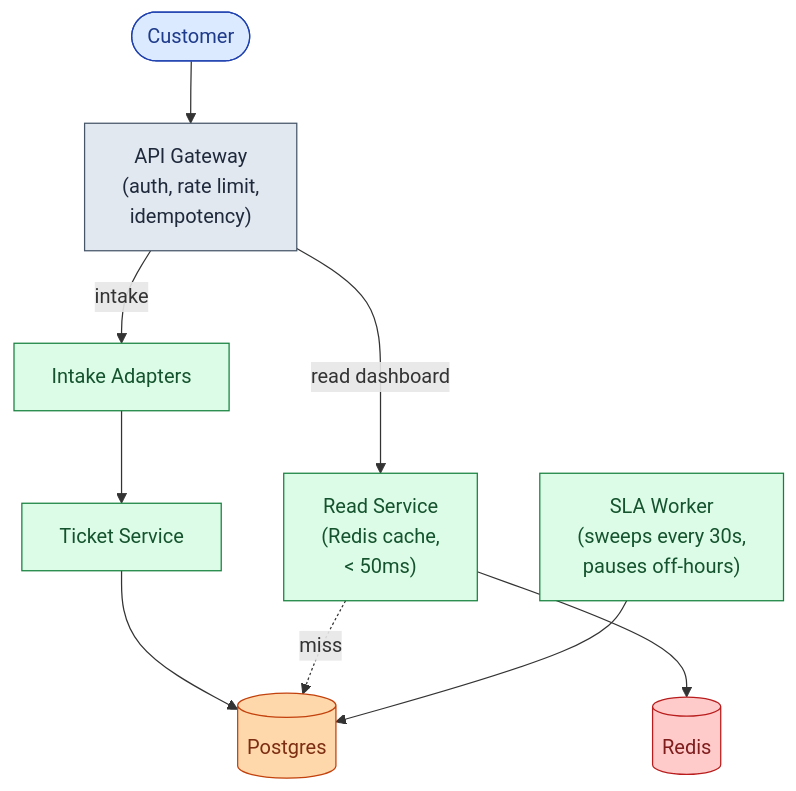
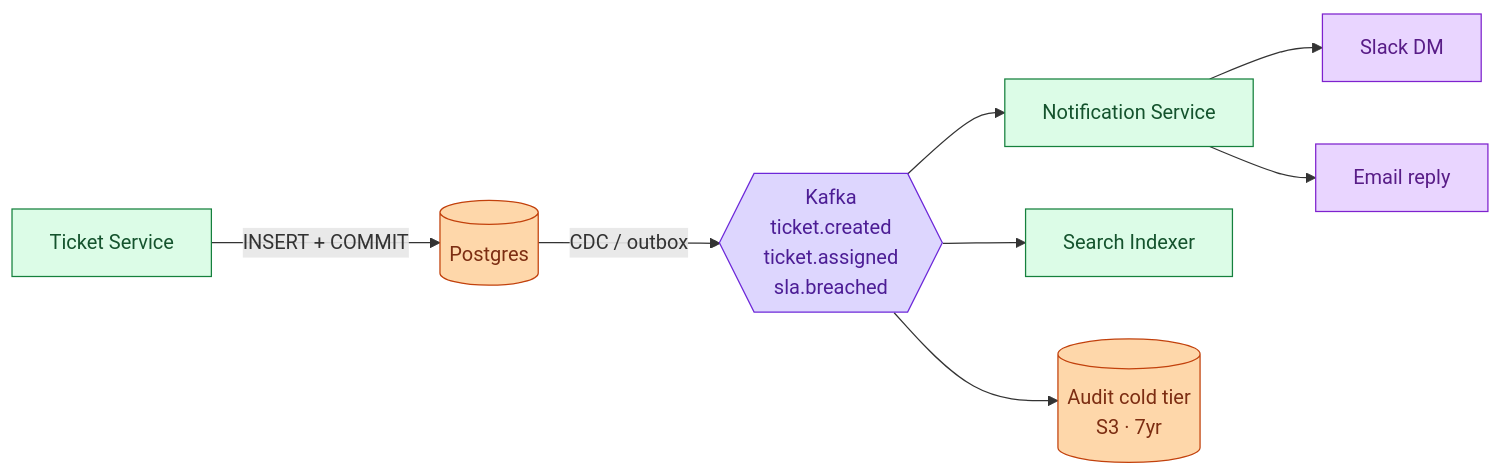
One commit to shiningflash/system-design changed the sixth of 10 diagrams in problems/019-helpdesk-ticketing/question.md. Above: the diagram before and after it, drawn with Mermaid. The commit also changed other lines of this file and 37 other files, not shown here.

````diff
--- a/problems/019-helpdesk-ticketing/question.md
+++ b/problems/019-helpdesk-ticketing/question.md
@@ -285,17 +361,15 @@
 ```mermaid
-flowchart TB
-    C([Customer]):::user --> GW["API Gateway<br/>(auth, rate limit,<br/>idempotency)"]:::edge
-    GW -->|intake| IA["Intake Adapters"]:::app
-    GW -->|read dashboard| R["Read Service<br/>(Redis cache,<br/>< 50ms)"]:::app
-    IA --> E["Ticket Service"]:::app
-    E --> DB[("Postgres")]:::db
-    R --> Cache[("Redis")]:::cache
-    R -.miss.-> DB
-    SW["SLA Worker<br/>(sweeps every 30s,<br/>pauses off-hours)"]:::app --> DB
+flowchart LR
+    E["Ticket Service"]:::app -->|INSERT + COMMIT| DB[("Postgres")]:::db
+    DB -->|CDC / outbox| K{{"Kafka<br/>ticket.created<br/>ticket.assigned<br/>sla.breached"}}:::queue
+    K --> N["Notification Service"]:::app
+    K --> IX["Search Indexer"]:::app
+    K --> Cold[("Audit cold tier<br/>S3 · 7yr")]:::db
+    N --> Slack["Slack DM"]:::ext
+    N --> Email["Email reply"]:::ext
 
-    classDef user fill:#dbeafe,stroke:#1e40af,color:#1e3a8a
-    classDef edge fill:#e2e8f0,stroke:#475569,color:#1e293b
     classDef app fill:#dcfce7,stroke:#15803d,color:#14532d
     classDef db fill:#fed7aa,stroke:#c2410c,color:#7c2d12
-    classDef cache fill:#fecaca,stroke:#b91c1c,color:#7f1d1d
+    classDef queue fill:#ddd6fe,stroke:#6d28d9,color:#4c1d95
+    classDef ext fill:#e9d5ff,stroke:#7e22ce,color:#581c87
 ```
````
